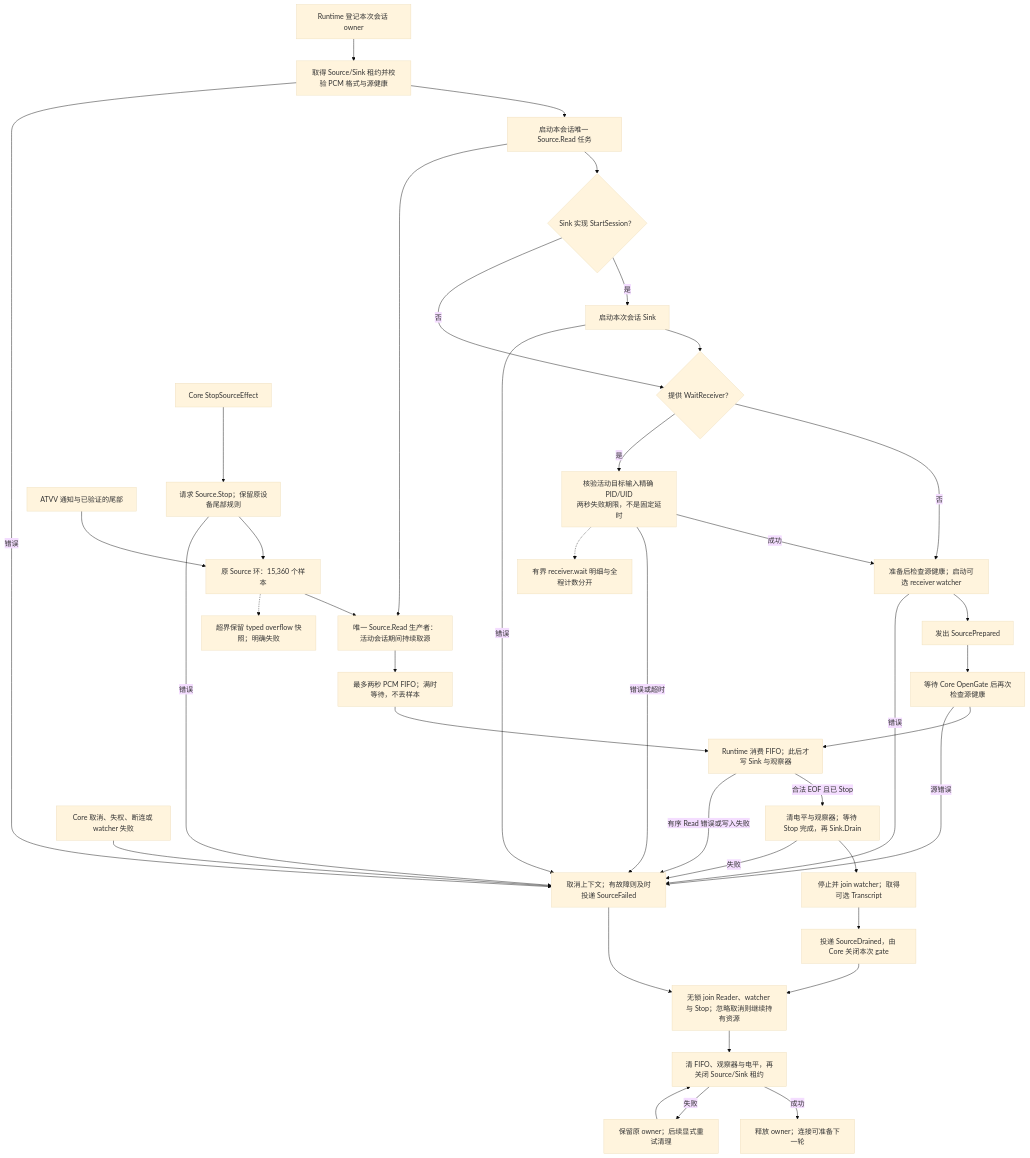
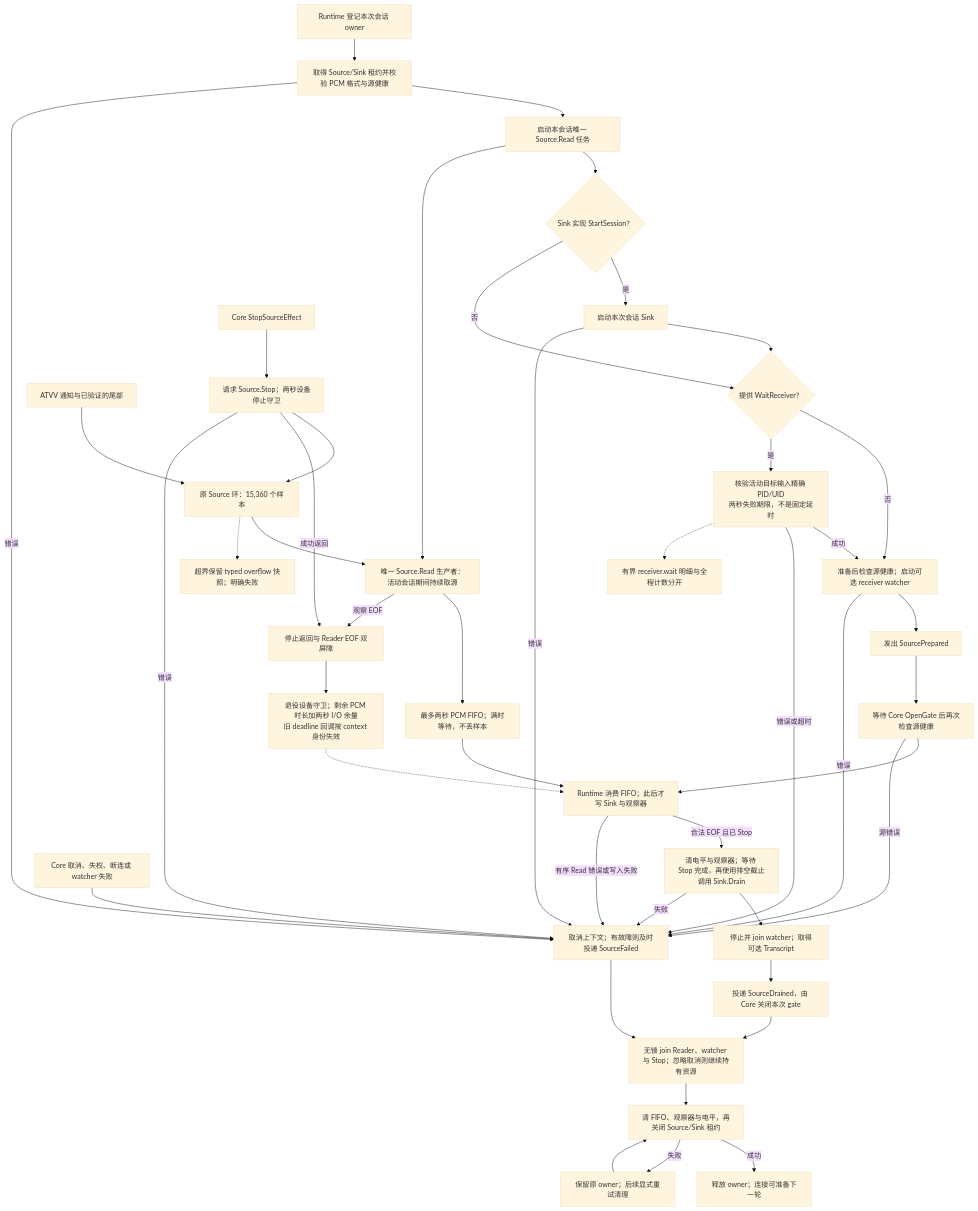
One commit to daftAI2026/MiMac changed the diagram in tools/workbench/diagrams/resource-preparation-cleanup.mmd. Above: the diagram before and after it, drawn with Mermaid (base theme). The commit also changed 7 other files, not shown here.

Commit message:
fix(audio): drain captured PCM with a bounded playout deadline

```diff
--- a/tools/workbench/diagrams/resource-preparation-cleanup.mmd
+++ b/tools/workbench/diagrams/resource-preparation-cleanup.mmd
@@ -1,40 +1,45 @@
 flowchart TD
     owner["Runtime 登记本次会话 owner"] --> prepare["取得 Source/Sink 租约并校验 PCM 格式与源健康"]
     prepare --> readerStart["启动本会话唯一 Source.Read 任务"]
     readerStart --> sessionSink{"Sink 实现 StartSession？"}
     sessionSink -->|是| startSink["启动本次会话 Sink"]
     sessionSink -->|否| receiverCheck
     startSink --> receiverCheck{"提供 WaitReceiver？"}
     receiverCheck -->|否| healthAfter
     receiverCheck -->|是| wait["核验活动目标输入精确 PID/UID\n两秒失败期限，不是固定延时"]
     wait -->|成功| healthAfter["准备后检查源健康；启动可选 receiver watcher"]
     healthAfter --> publish["发出 SourcePrepared"]
     publish --> gate["等待 Core OpenGate 后再次检查源健康"]
     gate --> consumer["Runtime 消费 FIFO；此后才写 Sink 与观察器"]
     atvv["ATVV 通知与已验证的尾部"] --> sourceQueue["原 Source 环：15,360 个样本"]
     sourceQueue --> reader["唯一 Source.Read 生产者：活动会话期间持续取源"]
     readerStart --> reader
     reader --> fifo["最多两秒 PCM FIFO；满时等待，不丢样本"]
     fifo --> consumer
-    stop["Core StopSourceEffect"] --> sourceStop["请求 Source.Stop；保留原设备尾部规则"]
+    stop["Core StopSourceEffect"] --> sourceStop["请求 Source.Stop；两秒设备停止守卫"]
     sourceStop --> sourceQueue
-    consumer -->|合法 EOF 且已 Stop| drain["清电平与观察器；等待 Stop 完成，再 Sink.Drain"]
+    sourceStop -->|成功返回| sourceEnd
+    reader -->|观察 EOF| sourceEnd["停止返回与 Reader EOF 双屏障"]
+    sourceEnd --> playout["退役设备守卫；剩余 PCM 时长加两秒 I/O 余量
+旧 deadline 回调按 context 身份失效"]
+    playout -.-> consumer
+    consumer -->|合法 EOF 且已 Stop| drain["清电平与观察器；等待 Stop 完成，再使用排空截止调用 Sink.Drain"]
     drain --> result["停止并 join watcher；取得可选 Transcript"]
     result --> drained["投递 SourceDrained，由 Core 关闭本次 gate"]
     drained --> join
     prepare -->|错误| fail
     startSink -->|错误| fail
     wait -->|错误或超时| fail
     healthAfter -->|错误| fail
     gate -->|源错误| fail
     consumer -->|有序 Read 错误或写入失败| fail
     sourceStop -->|错误| fail
     drain -->|失败| fail
     cancel["Core 取消、失权、断连或 watcher 失败"] --> fail["取消上下文；有故障则及时投递 SourceFailed"]
     fail --> join["无锁 join Reader、watcher 与 Stop；忽略取消则继续持有资源"]
     join --> cleanup["清 FIFO、观察器与电平，再关闭 Source/Sink 租约"]
     cleanup -->|成功| released["释放 owner；连接可准备下一轮"]
     cleanup -->|失败| retained["保留原 owner；后续显式重试清理"]
     retained --> cleanup
     sourceQueue -.-> overflow["超界保留 typed overflow 快照；明确失败"]
     wait -.-> trace["有界 receiver.wait 明细与全程计数分开"]
```
